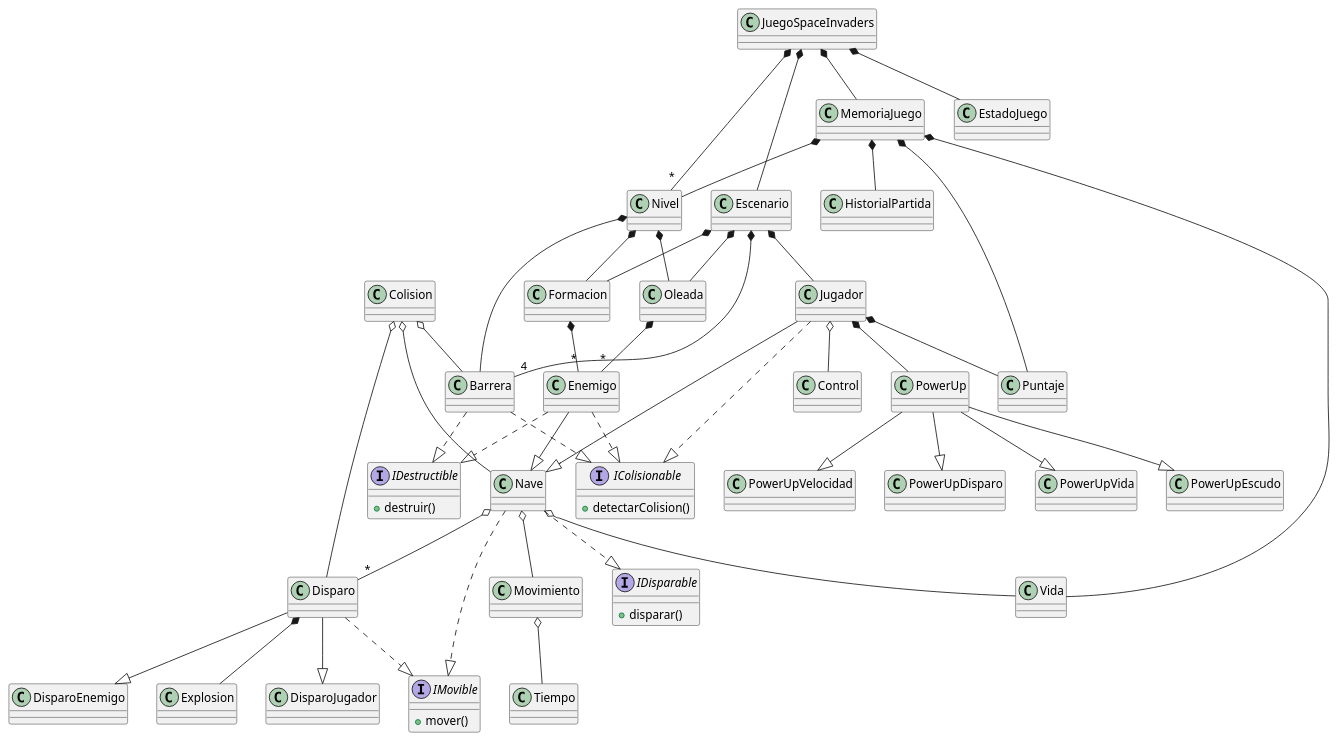
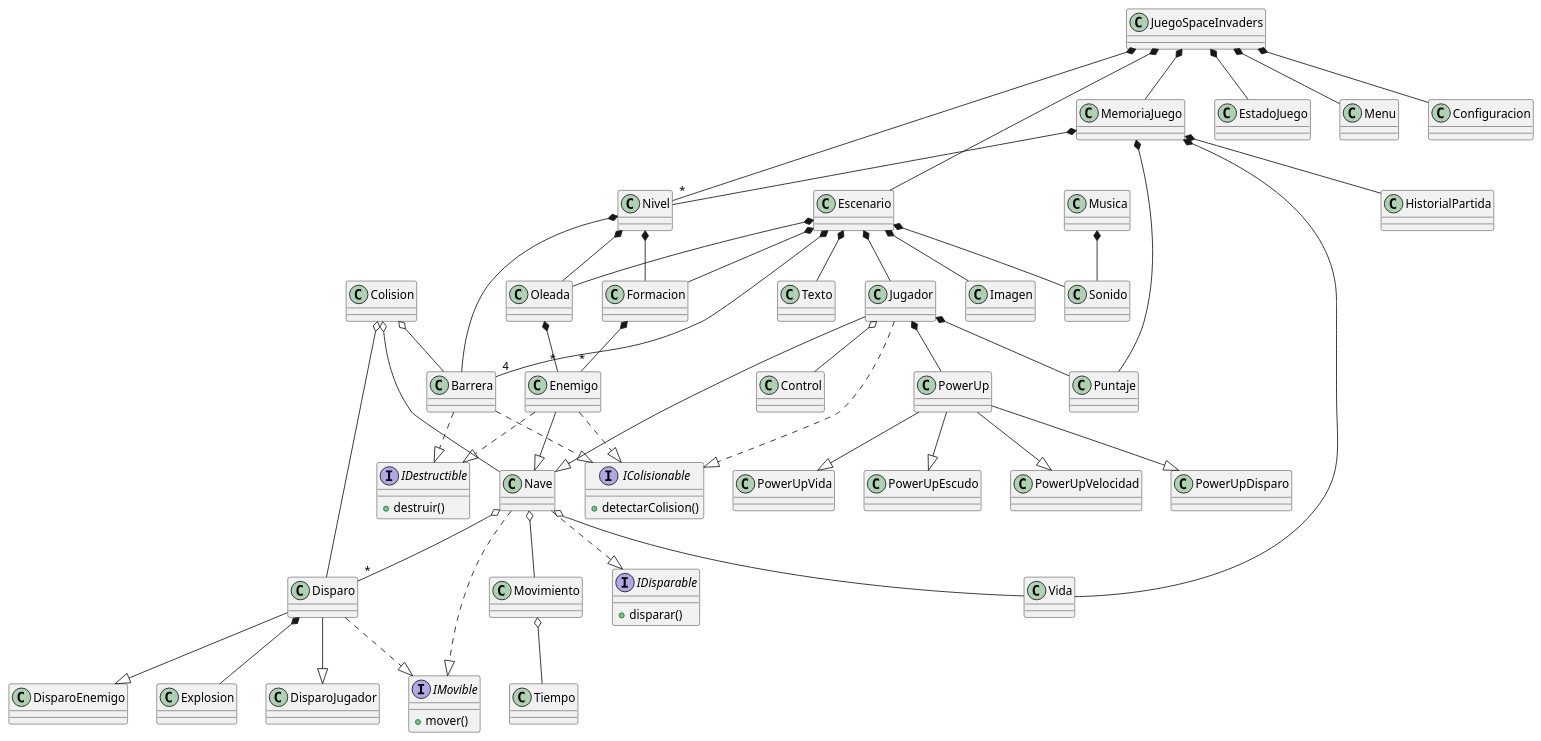
One commit to Diegoo135/3G252 changed the diagram in diagrama.puml. Above: the diagram before and after it, drawn with PlantUML.

Commit message:
30ClasesDiagrama.puml

```diff
--- a/diagrama.puml
+++ b/diagrama.puml
@@ -1,99 +1,117 @@
 @startuml
+
 interface IMovible {
   +mover()
 }
+
 interface IDisparable {
   +disparar()
 }
+
 interface IColisionable {
   +detectarColision()
 }
+
 interface IDestructible {
   +destruir()
 }
 
 class JuegoSpaceInvaders
 class Escenario
 class Nivel
 class Jugador
 class Enemigo
 class Nave
 class Formacion
 class Barrera
 class Disparo
 class Vida
 class Movimiento
 class Colision
 class Tiempo
 class Puntaje
 class Control
 class Oleada
 class MemoriaJuego
 class DisparoJugador
 class DisparoEnemigo
 class PowerUp
 class PowerUpVida
 class PowerUpEscudo
 class PowerUpVelocidad
 class PowerUpDisparo
 class Explosion
 class EstadoJuego
 class HistorialPartida
+class Sonido
+class Musica
+class Imagen
+class Texto
+class Menu
+class Configuracion
 
 JuegoSpaceInvaders *-- Escenario
 JuegoSpaceInvaders *-- "*" Nivel
 JuegoSpaceInvaders *-- MemoriaJuego
 JuegoSpaceInvaders *-- EstadoJuego
+JuegoSpaceInvaders *-- Menu
+JuegoSpaceInvaders *-- Configuracion
 
 Escenario *-- Jugador
 Escenario *-- Formacion
 Escenario *-- "4" Barrera
 Escenario *-- Oleada
+Escenario *-- Sonido
+Escenario *-- Imagen
+Escenario *-- Texto
 
 Jugador --|> Nave
 Enemigo --|> Nave
 
 Formacion *-- "*" Enemigo
 Oleada *-- "*" Enemigo
 
 Nave o-- "*" Disparo
 Nave o-- Vida
 Nave o-- Movimiento
 
 Disparo --|> DisparoJugador
 Disparo --|> DisparoEnemigo
 Disparo *-- Explosion
 
 Colision o-- Disparo
 Colision o-- Nave
 Colision o-- Barrera
 
 Jugador *-- Puntaje
 Jugador o-- Control
 Jugador *-- PowerUp
 
 PowerUp --|> PowerUpVida
 PowerUp --|> PowerUpEscudo
 PowerUp --|> PowerUpVelocidad
 PowerUp --|> PowerUpDisparo
 
 Movimiento o-- Tiempo
 
 Nivel *-- Formacion
 Nivel *-- Barrera
 Nivel *-- Oleada
 
 MemoriaJuego *-- Puntaje
 MemoriaJuego *-- Nivel
 MemoriaJuego *-- Vida
 MemoriaJuego *-- HistorialPartida
 
+Musica *-- Sonido
+
 Nave ..|> IMovible
 Nave ..|> IDisparable
 Disparo ..|> IMovible
 Barrera ..|> IColisionable
 Enemigo ..|> IColisionable
 Jugador ..|> IColisionable
 Barrera ..|> IDestructible
 Enemigo ..|> IDestructible
+
 @enduml
```
